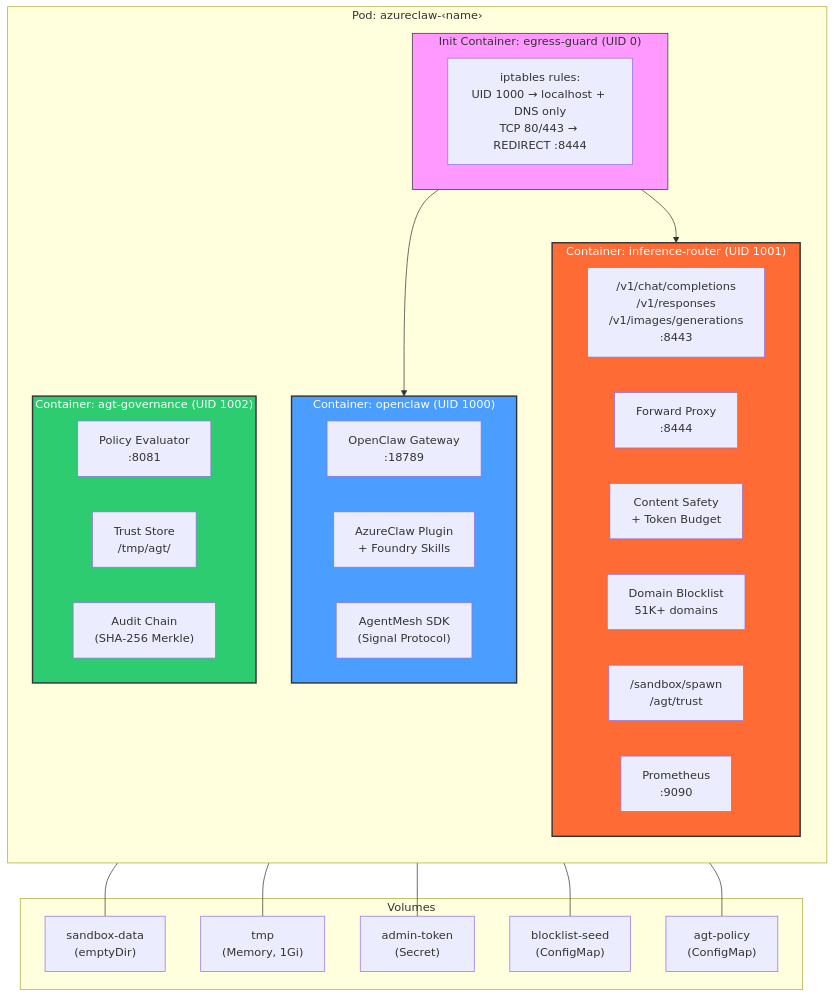
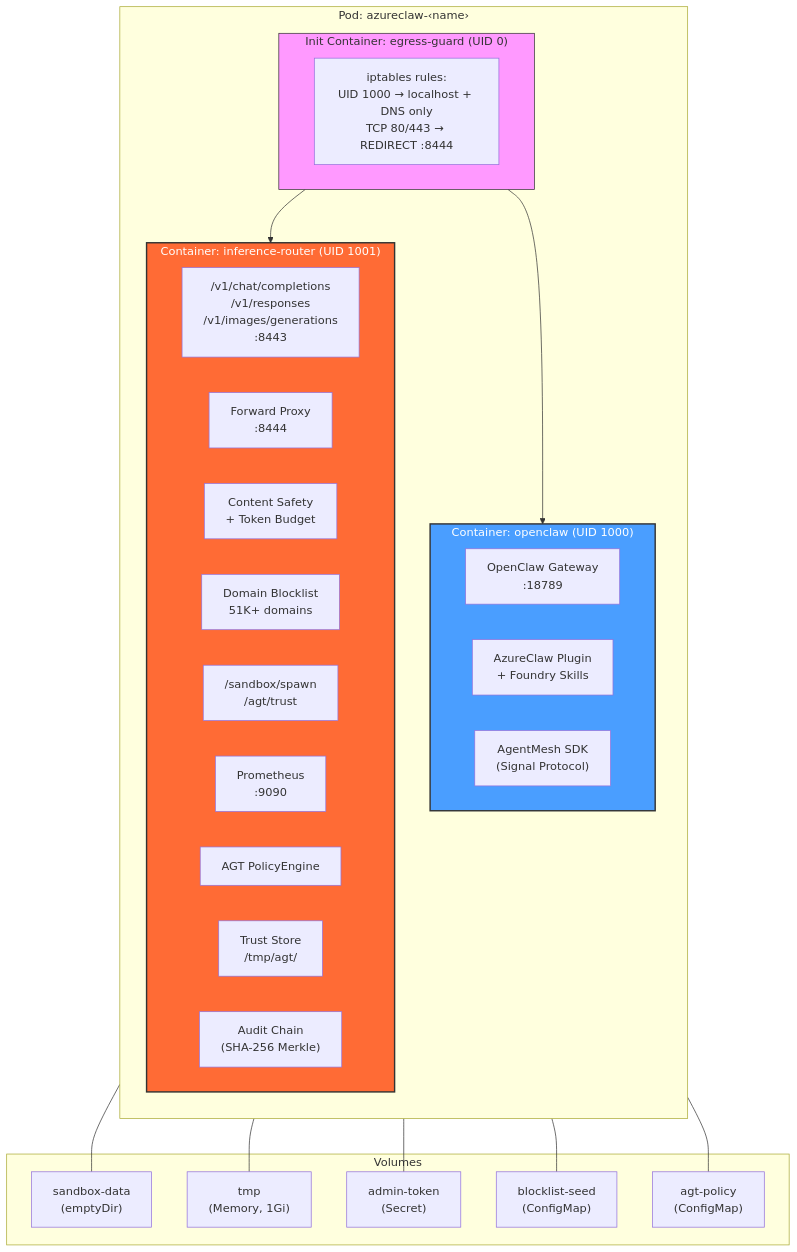
Before and after one commit to Azure/kars: the first of 13 diagrams in docs/architecture-diagrams.md, drawn with Mermaid. The commit also changed other lines of this file and 35 other files, not shown here.

````diff
--- a/docs/architecture-diagrams.md
+++ b/docs/architecture-diagrams.md
@@ -11,52 +11,48 @@
 ```mermaid
 graph TB
     subgraph pod["Pod: azureclaw-‹name›"]
         direction TB
 
         subgraph init["Init Container: egress-guard (UID 0)"]
             ipt["iptables rules:<br/>UID 1000 → localhost + DNS only<br/>TCP 80/443 → REDIRECT :8444"]
         end
 
         subgraph oc["Container: openclaw (UID 1000)"]
             gw["OpenClaw Gateway<br/>:18789"]
             plugin["AzureClaw Plugin<br/>+ Foundry Skills"]
             agt_client["AgentMesh SDK<br/>(Signal Protocol)"]
         end
 
         subgraph ir["Container: inference-router (UID 1001)"]
             api["/v1/chat/completions<br/>/v1/responses<br/>/v1/images/generations<br/>:8443"]
             proxy["Forward Proxy<br/>:8444"]
             safety["Content Safety<br/>+ Token Budget"]
             blocklist["Domain Blocklist<br/>51K+ domains"]
             spawn_ep["/sandbox/spawn<br/>/agt/trust"]
             metrics_ep["Prometheus<br/>:9090"]
-        end
-
-        subgraph ag["Container: agt-governance (UID 1002)"]
-            policy["Policy Evaluator<br/>:8081"]
+            policy["AGT PolicyEngine"]
             trust_store["Trust Store<br/>/tmp/agt/"]
             audit["Audit Chain<br/>(SHA-256 Merkle)"]
         end
     end
 
     subgraph volumes["Volumes"]
         v1["sandbox-data<br/>(emptyDir)"]
         v2["tmp<br/>(Memory, 1Gi)"]
         v3["admin-token<br/>(Secret)"]
         v4["blocklist-seed<br/>(ConfigMap)"]
         v5["agt-policy<br/>(ConfigMap)"]
     end
 
     init --> oc
     init --> ir
     oc --- v1
     oc --- v2
     ir --- v3
     ir --- v4
-    ag --- v5
+    ir --- v5
 
     style init fill:#f9f,stroke:#333,stroke-width:1px
     style oc fill:#4a9eff,stroke:#333,stroke-width:2px,color:#fff
     style ir fill:#ff6b35,stroke:#333,stroke-width:2px,color:#fff
-    style ag fill:#2ecc71,stroke:#333,stroke-width:2px,color:#fff
 ```
````
